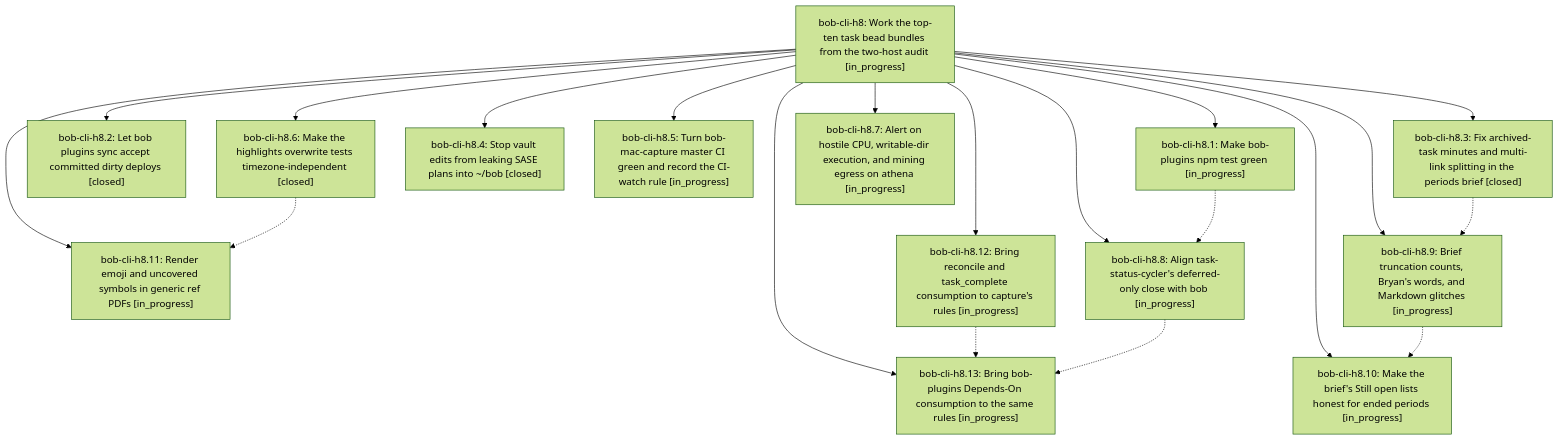
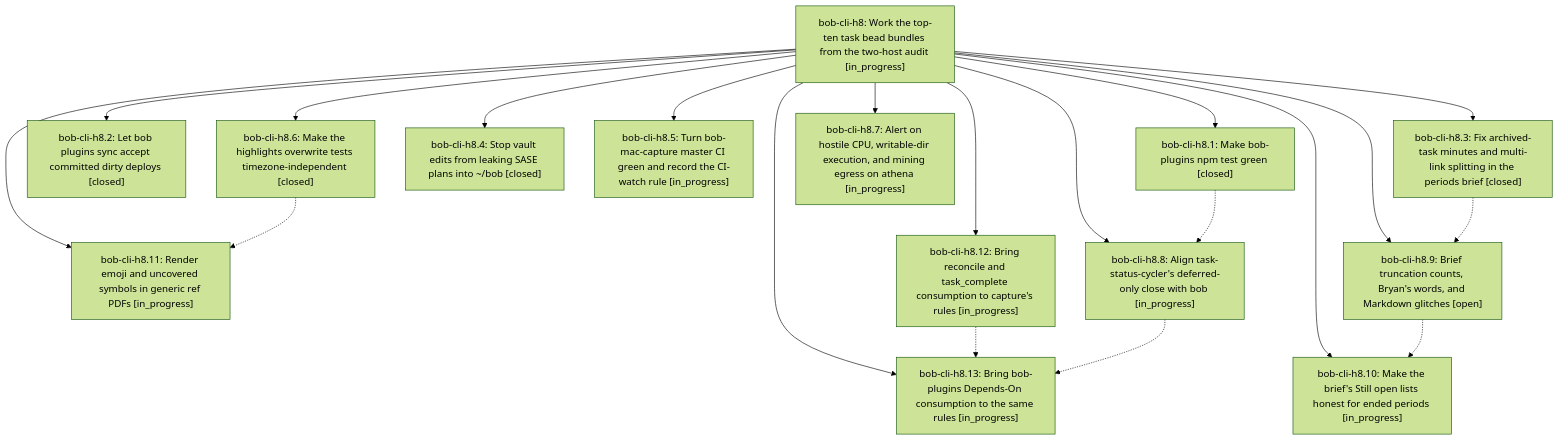
The diagram in pages/bob-cli-h8/README.md (bobs-org/bob-cli--beads), drawn with Mermaid (forest theme) before and after one commit. The commit also changed other lines of this file and 9 other files, not shown here.

First line of the commit message:
chore(beads): sync bead state and pages for bob-cli-h8

````diff
--- a/pages/bob-cli-h8/README.md
+++ b/pages/bob-cli-h8/README.md
@@ -48,36 +48,36 @@
 ```mermaid
 flowchart TD
     n0["bob-cli-h8: Work the top-ten task bead bundles from the two-host audit [in_progress]"]
-    n1["bob-cli-h8.1: Make bob-plugins npm test green [in_progress]"]
+    n1["bob-cli-h8.1: Make bob-plugins npm test green [closed]"]
     n2["bob-cli-h8.10: Make the brief's Still open lists honest for ended periods [in_progress]"]
     n3["bob-cli-h8.11: Render emoji and uncovered symbols in generic ref PDFs [in_progress]"]
     n4["bob-cli-h8.12: Bring reconcile and task_complete consumption to capture's rules [in_progress]"]
     n5["bob-cli-h8.13: Bring bob-plugins Depends-On consumption to the same rules [in_progress]"]
     n6["bob-cli-h8.2: Let bob plugins sync accept committed dirty deploys [closed]"]
     n7["bob-cli-h8.3: Fix archived-task minutes and multi-link splitting in the periods brief [closed]"]
     n8["bob-cli-h8.4: Stop vault edits from leaking SASE plans into ~/bob [closed]"]
     n9["bob-cli-h8.5: Turn bob-mac-capture master CI green and record the CI-watch rule [in_progress]"]
     n10["bob-cli-h8.6: Make the highlights overwrite tests timezone-independent [closed]"]
     n11["bob-cli-h8.7: Alert on hostile CPU, writable-dir execution, and mining egress on athena [in_progress]"]
     n12["bob-cli-h8.8: Align task-status-cycler's deferred-only close with bob [in_progress]"]
-    n13["bob-cli-h8.9: Brief truncation counts, Bryan's words, and Markdown glitches [in_progress]"]
+    n13["bob-cli-h8.9: Brief truncation counts, Bryan's words, and Markdown glitches [open]"]
     n0 --> n1
     n0 --> n2
     n0 --> n3
     n0 --> n4
     n0 --> n5
     n0 --> n6
     n0 --> n7
     n0 --> n8
     n0 --> n9
     n0 --> n10
     n0 --> n11
     n0 --> n12
     n0 --> n13
     n1 -.-> n12
     n4 -.-> n5
     n7 -.-> n13
     n10 -.-> n3
     n12 -.-> n5
     n13 -.-> n2
 ```
````
